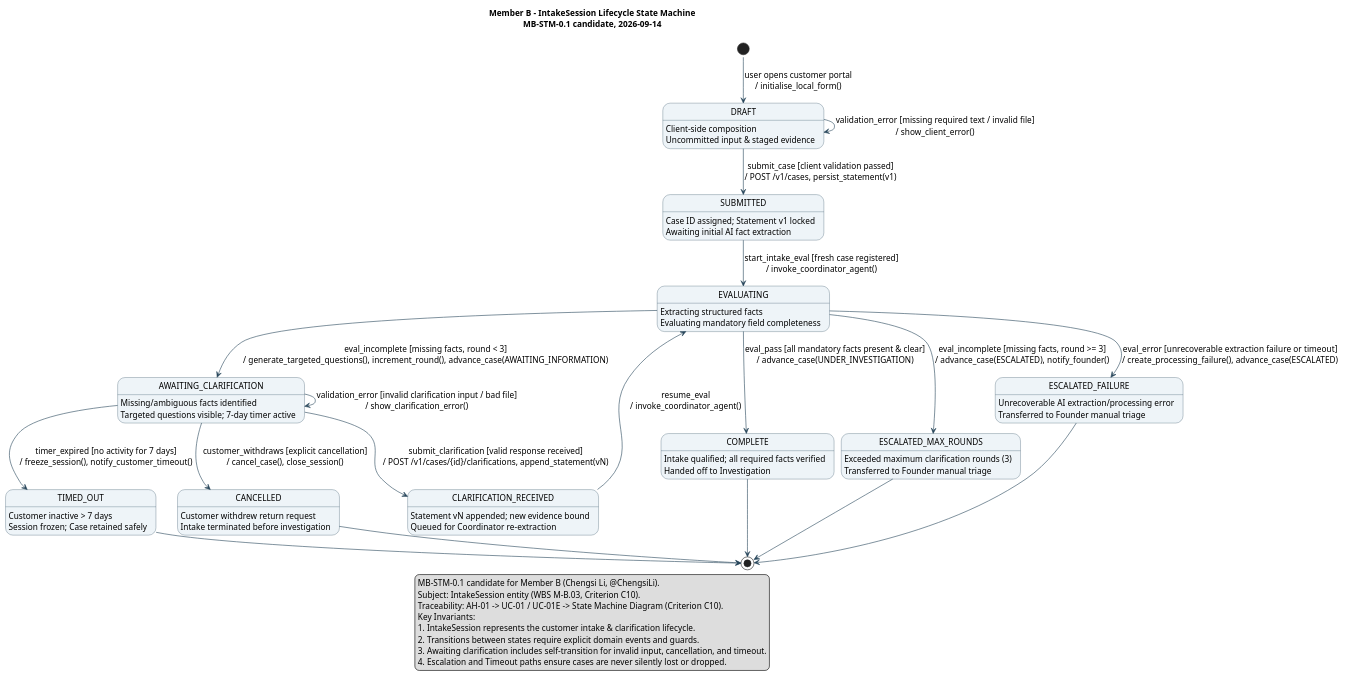
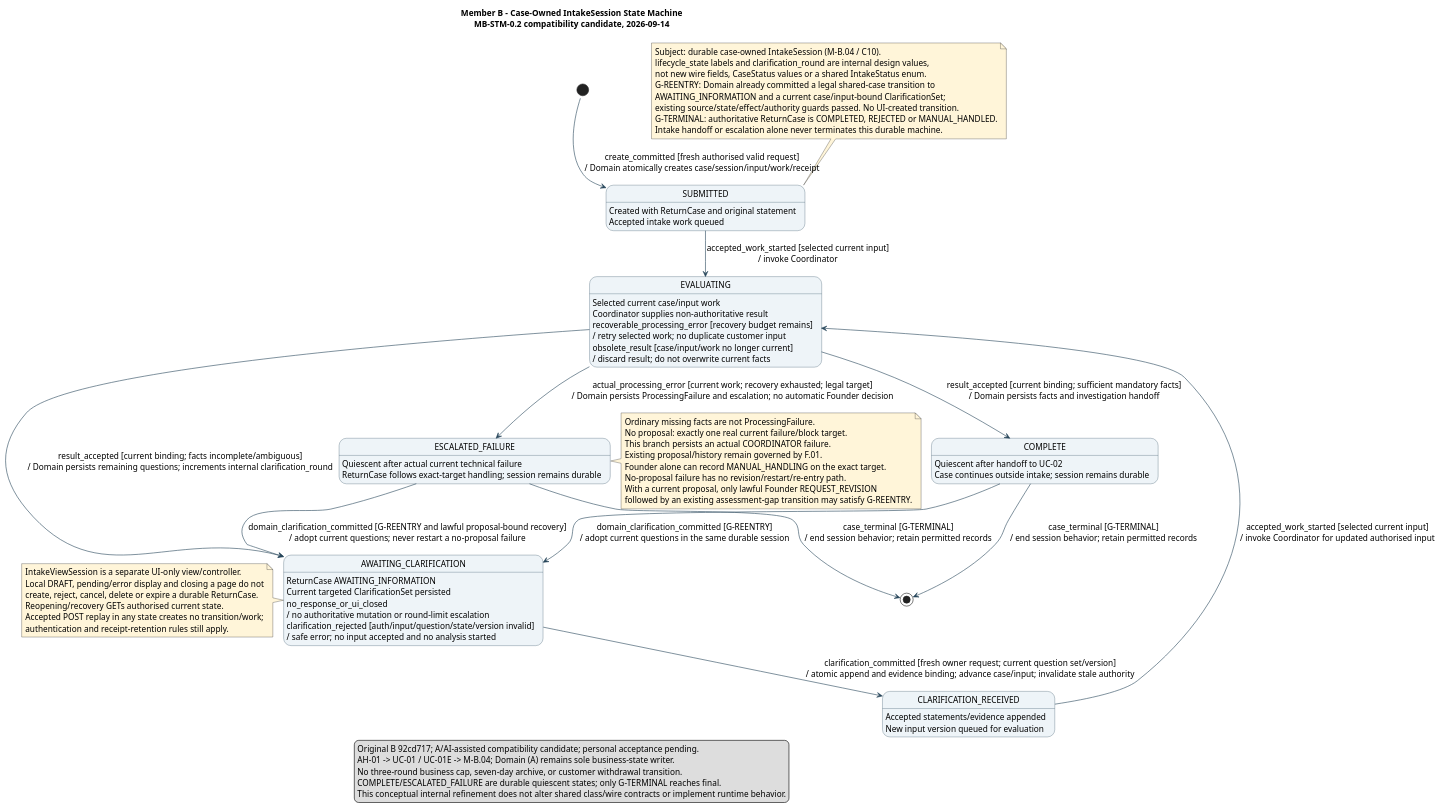
One commit to shuxiachai/returnops-au changed the diagram in docs/diagrams/member-b/member-b-state.puml. Above: the diagram before and after it, drawn with PlantUML. The commit also changed 8 other files, not shown here.

Commit message:
docs(models): align B intake candidate with frozen boundaries [KAN-17]

```diff
--- a/docs/diagrams/member-b/member-b-state.puml
+++ b/docs/diagrams/member-b/member-b-state.puml
@@ -1,66 +1,71 @@
 @startuml
 !pragma layout smetana
-title Member B - IntakeSession Lifecycle State Machine\nMB-STM-0.1 candidate, 2026-09-14
+title Member B - Case-Owned IntakeSession State Machine\nMB-STM-0.2 compatibility candidate, 2026-09-14
 hide empty description
 skinparam shadowing false
 skinparam defaultFontName SansSerif
 skinparam defaultFontSize 14
 skinparam stateBackgroundColor #EEF4F8
 skinparam stateBorderColor #27465B
 skinparam ArrowColor #27465B
 skinparam noteBackgroundColor #FFF5D9
 
-state DRAFT : Client-side composition\nUncommitted input & staged evidence
-state SUBMITTED : Case ID assigned; Statement v1 locked\nAwaiting initial AI fact extraction
-state EVALUATING : Extracting structured facts\nEvaluating mandatory field completeness
-state AWAITING_CLARIFICATION : Missing/ambiguous facts identified\nTargeted questions visible; 7-day timer active
-state CLARIFICATION_RECEIVED : Statement vN appended; new evidence bound\nQueued for Coordinator re-extraction
-state COMPLETE : Intake qualified; all required facts verified\nHanded off to Investigation
-state ESCALATED_MAX_ROUNDS : Exceeded maximum clarification rounds (3)\nTransferred to Founder manual triage
-state ESCALATED_FAILURE : Unrecoverable AI extraction/processing error\nTransferred to Founder manual triage
-state TIMED_OUT : Customer inactive > 7 days\nSession frozen; Case retained safely
-state CANCELLED : Customer withdrew return request\nIntake terminated before investigation
+state SUBMITTED : Created with ReturnCase and original statement\nAccepted intake work queued
+state EVALUATING : Selected current case/input work\nCoordinator supplies non-authoritative result
+state AWAITING_CLARIFICATION : ReturnCase AWAITING_INFORMATION\nCurrent targeted ClarificationSet persisted
+state CLARIFICATION_RECEIVED : Accepted statements/evidence appended\nNew input version queued for evaluation
+state COMPLETE : Quiescent after handoff to UC-02\nCase continues outside intake; session remains durable
+state ESCALATED_FAILURE : Quiescent after actual current technical failure\nReturnCase follows exact-target handling; session remains durable
 
-[*] --> DRAFT : user opens customer portal\n/ initialise_local_form()
+[*] --> SUBMITTED : create_committed [fresh authorised valid request]\n/ Domain atomically creates case/session/input/work/receipt
+SUBMITTED --> EVALUATING : accepted_work_started [selected current input]\n/ invoke Coordinator
+EVALUATING : recoverable_processing_error [recovery budget remains]\n/ retry selected work; no duplicate customer input
+EVALUATING : obsolete_result [case/input/work no longer current]\n/ discard result; do not overwrite current facts
+EVALUATING --> COMPLETE : result_accepted [current binding; sufficient mandatory facts]\n/ Domain persists facts and investigation handoff
+EVALUATING --> AWAITING_CLARIFICATION : result_accepted [current binding; facts incomplete/ambiguous]\n/ Domain persists remaining questions; increments internal clarification_round
+EVALUATING --> ESCALATED_FAILURE : actual_processing_error [current work; recovery exhausted; legal target]\n/ Domain persists ProcessingFailure and escalation; no automatic Founder decision
+AWAITING_CLARIFICATION : no_response_or_ui_closed\n/ no authoritative mutation or round-limit escalation
+AWAITING_CLARIFICATION : clarification_rejected [auth/input/question/state/version invalid]\n/ safe error; no input accepted and no analysis started
+AWAITING_CLARIFICATION --> CLARIFICATION_RECEIVED : clarification_committed [fresh owner request; current question set/version]\n/ atomic append and evidence binding; advance case/input; invalidate stale authority
+CLARIFICATION_RECEIVED --> EVALUATING : accepted_work_started [selected current input]\n/ invoke Coordinator for updated authorised input
+COMPLETE --> AWAITING_CLARIFICATION : domain_clarification_committed [G-REENTRY]\n/ adopt current questions in the same durable session
+ESCALATED_FAILURE --> AWAITING_CLARIFICATION : domain_clarification_committed [G-REENTRY and lawful proposal-bound recovery]\n/ adopt current questions; never restart a no-proposal failure
+COMPLETE --> [*] : case_terminal [G-TERMINAL]\n/ end session behavior; retain permitted records
+ESCALATED_FAILURE --> [*] : case_terminal [G-TERMINAL]\n/ end session behavior; retain permitted records
 
-DRAFT --> SUBMITTED : submit_case [client validation passed]\n/ POST /v1/cases, persist_statement(v1)
-
-DRAFT --> DRAFT : validation_error [missing required text / invalid file]\n/ show_client_error()
-
-SUBMITTED --> EVALUATING : start_intake_eval [fresh case registered]\n/ invoke_coordinator_agent()
-
-EVALUATING --> COMPLETE : eval_pass [all mandatory facts present & clear]\n/ advance_case(UNDER_INVESTIGATION)
-
-EVALUATING --> AWAITING_CLARIFICATION : eval_incomplete [missing facts, round < 3]\n/ generate_targeted_questions(), increment_round(), advance_case(AWAITING_INFORMATION)
-
-EVALUATING --> ESCALATED_MAX_ROUNDS : eval_incomplete [missing facts, round >= 3]\n/ advance_case(ESCALATED), notify_founder()
-
-EVALUATING --> ESCALATED_FAILURE : eval_error [unrecoverable extraction failure or timeout]\n/ create_processing_failure(), advance_case(ESCALATED)
-
-AWAITING_CLARIFICATION --> AWAITING_CLARIFICATION : validation_error [invalid clarification input / bad file]\n/ show_clarification_error()
-
-AWAITING_CLARIFICATION --> CLARIFICATION_RECEIVED : submit_clarification [valid response received]\n/ POST /v1/cases/{id}/clarifications, append_statement(vN)
-
-CLARIFICATION_RECEIVED --> EVALUATING : resume_eval\n/ invoke_coordinator_agent()
-
-AWAITING_CLARIFICATION --> TIMED_OUT : timer_expired [no activity for 7 days]\n/ freeze_session(), notify_customer_timeout()
-
-AWAITING_CLARIFICATION --> CANCELLED : customer_withdraws [explicit cancellation]\n/ cancel_case(), close_session()
-
-COMPLETE --> [*]
-ESCALATED_MAX_ROUNDS --> [*]
-ESCALATED_FAILURE --> [*]
-TIMED_OUT --> [*]
-CANCELLED --> [*]
-
+note top of SUBMITTED
+  Subject: durable case-owned IntakeSession (M-B.04 / C10).
+  lifecycle_state labels and clarification_round are internal design values,
+  not new wire fields, CaseStatus values or a shared IntakeStatus enum.
+  G-REENTRY: Domain already committed a legal shared-case transition to
+  AWAITING_INFORMATION and a current case/input-bound ClarificationSet;
+  existing source/state/effect/authority guards passed. No UI-created transition.
+  G-TERMINAL: authoritative ReturnCase is COMPLETED, REJECTED or MANUAL_HANDLED.
+  Intake handoff or escalation alone never terminates this durable machine.
+end note
+note left of AWAITING_CLARIFICATION
+  IntakeViewSession is a separate UI-only view/controller.
+  Local DRAFT, pending/error display and closing a page do not
+  create, reject, cancel, delete or expire a durable ReturnCase.
+  Reopening/recovery GETs authorised current state.
+  Accepted POST replay in any state creates no transition/work;
+  authentication and receipt-retention rules still apply.
+end note
+note right of ESCALATED_FAILURE
+  Ordinary missing facts are not ProcessingFailure.
+  No proposal: exactly one real current failure/block target.
+  This branch persists an actual COORDINATOR failure.
+  Existing proposal/history remain governed by F.01.
+  Founder alone can record MANUAL_HANDLING on the exact target.
+  No-proposal failure has no revision/restart/re-entry path.
+  With a current proposal, only lawful Founder REQUEST_REVISION
+  followed by an existing assessment-gap transition may satisfy G-REENTRY.
+end note
 legend bottom
-  MB-STM-0.1 candidate for Member B (Chengsi Li, @ChengsiLi).
-  Subject: IntakeSession entity (WBS M-B.03, Criterion C10).
-  Traceability: AH-01 -> UC-01 / UC-01E -> State Machine Diagram (Criterion C10).
-  Key Invariants:
-  1. IntakeSession represents the customer intake & clarification lifecycle.
-  2. Transitions between states require explicit domain events and guards.
-  3. Awaiting clarification includes self-transition for invalid input, cancellation, and timeout.
-  4. Escalation and Timeout paths ensure cases are never silently lost or dropped.
+  Original B 92cd717; A/AI-assisted compatibility candidate; personal acceptance pending.
+  AH-01 -> UC-01 / UC-01E -> M-B.04; Domain (A) remains sole business-state writer.
+  No three-round business cap, seven-day archive, or customer withdrawal transition.
+  COMPLETE/ESCALATED_FAILURE are durable quiescent states; only G-TERMINAL reaches final.
+  This conceptual internal refinement does not alter shared class/wire contracts or implement runtime behavior.
 endlegend
 @enduml
```
